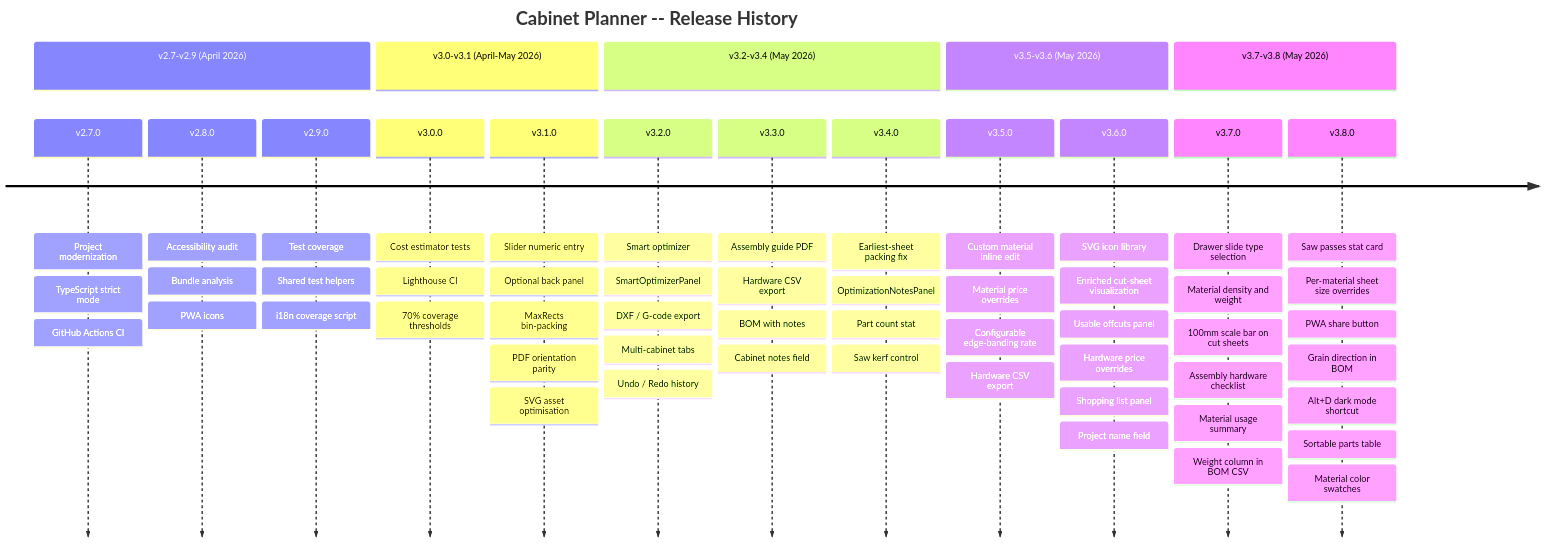
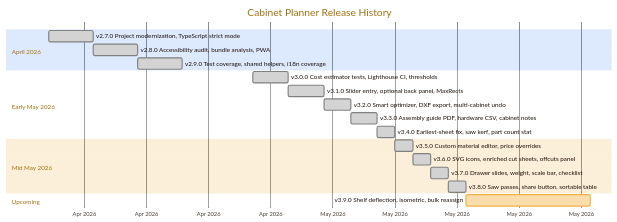
One commit to RajwanYair/WoodworkingShop changed the diagram in ROADMAP.md. Above: the diagram before and after it, drawn with Mermaid. The commit also changed other lines of this file and 63 other files, not shown here.

````diff
--- a/ROADMAP.md
+++ b/ROADMAP.md
@@ -5,62 +9,24 @@
 ```mermaid
-timeline
-    title Cabinet Planner -- Release History
-    section v2.7-v2.9 (April 2026)
-        v2.7.0 : Project modernization
-               : TypeScript strict mode
-               : GitHub Actions CI
-        v2.8.0 : Accessibility audit
-               : Bundle analysis
-               : PWA icons
-        v2.9.0 : Test coverage
-               : Shared test helpers
-               : i18n coverage script
-    section v3.0-v3.1 (April-May 2026)
-        v3.0.0 : Cost estimator tests
-               : Lighthouse CI
-               : 70% coverage thresholds
-        v3.1.0 : Slider numeric entry
-               : Optional back panel
-               : MaxRects bin-packing
-               : PDF orientation parity
-               : SVG asset optimisation
-    section v3.2-v3.4 (May 2026)
-        v3.2.0 : Smart optimizer
-               : SmartOptimizerPanel
-               : DXF / G-code export
-               : Multi-cabinet tabs
-               : Undo / Redo history
-        v3.3.0 : Assembly guide PDF
-               : Hardware CSV export
-               : BOM with notes
-               : Cabinet notes field
-        v3.4.0 : Earliest-sheet packing fix
-               : OptimizationNotesPanel
-               : Part count stat
-               : Saw kerf control
-    section v3.5-v3.6 (May 2026)
-        v3.5.0 : Custom material inline edit
-               : Material price overrides
-               : Configurable edge-banding rate
-               : Hardware CSV export
-        v3.6.0 : SVG icon library
-               : Enriched cut-sheet visualization
-               : Usable offcuts panel
-               : Hardware price overrides
-               : Shopping list panel
-               : Project name field
-    section v3.7-v3.8 (May 2026)
-        v3.7.0 : Drawer slide type selection
-               : Material density and weight
-               : 100mm scale bar on cut sheets
-               : Assembly hardware checklist
-               : Material usage summary
-               : Weight column in BOM CSV
-        v3.8.0 : Saw passes stat card
-               : Per-material sheet size overrides
-               : PWA share button
-               : Grain direction in BOM
-               : Alt+D dark mode shortcut
-               : Sortable parts table
-               : Material color swatches
+%%{init: {'theme': 'base', 'themeVariables': {'primaryColor': '#f0b040', 'primaryTextColor': '#1a0e06', 'primaryBorderColor': '#8b5022', 'lineColor': '#7a4010'}}}%%
+gantt
+  title Cabinet Planner Release History
+  dateFormat YYYY-MM-DD
+  axisFormat %b %Y
+  section April 2026
+    v2.7.0 Project modernization, TypeScript strict mode  :done, v270, 2026-04-01, 5d
+    v2.8.0 Accessibility audit, bundle analysis, PWA      :done, v280, after v270, 5d
+    v2.9.0 Test coverage, shared helpers, i18n coverage   :done, v290, after v280, 5d
+  section Early May 2026
+    v3.0.0 Cost estimator tests, Lighthouse CI, thresholds :done, v300, 2026-04-24, 4d
+    v3.1.0 Slider entry, optional back panel, MaxRects     :done, v310, after v300, 4d
+    v3.2.0 Smart optimizer, DXF export, multi-cabinet undo :done, v320, after v310, 3d
+    v3.3.0 Assembly guide PDF, hardware CSV, cabinet notes :done, v330, after v320, 3d
+    v3.4.0 Earliest-sheet fix, saw kerf, part count stat   :done, v340, after v330, 2d
+  section Mid May 2026
+    v3.5.0 Custom material editor, price overrides         :done, v350, after v340, 2d
+    v3.6.0 SVG icons, enriched cut sheets, offcuts panel   :done, v360, after v350, 2d
+    v3.7.0 Drawer slides, weight, scale bar, checklist     :done, v370, after v360, 2d
+    v3.8.0 Saw passes, share button, sortable table        :done, v380, after v370, 2d
+  section Upcoming
+    v3.9.0 Shelf deflection, isometric, bulk reassign      :active, v390, after v380, 14d
 ```
````
